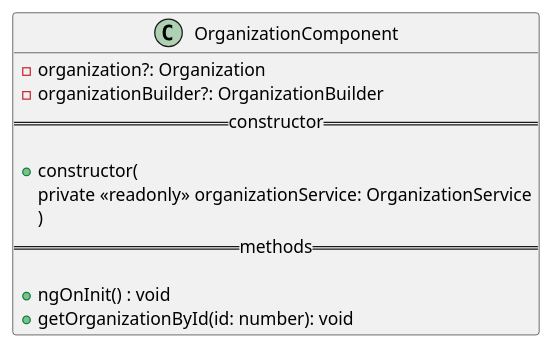
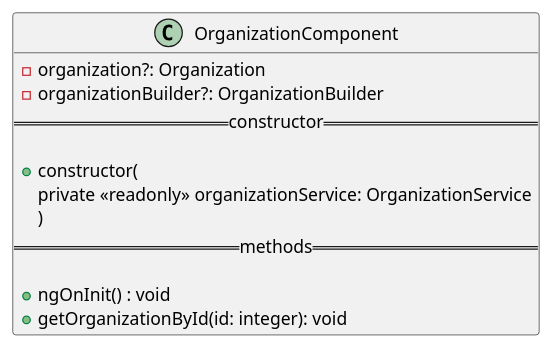
One commit to GruppOne/stalker-web-app changed the diagram in docs/diagrams/view/routes/organizationcomponent.pu. Above: the diagram before and after it, drawn with PlantUML. The commit also changed 22 other files, not shown here.

Commit message:
docs: improve class diagrams, add allegato tecnico structure

```diff
--- a/docs/diagrams/view/routes/organizationcomponent.pu
+++ b/docs/diagrams/view/routes/organizationcomponent.pu
@@ -1,15 +1,15 @@
 @startuml OrganizationComponent diagram
 class OrganizationComponent {
   - organization?: Organization
   - organizationBuilder?: OrganizationBuilder
   == constructor ==
 
   + constructor(
     private <<readonly>> organizationService: OrganizationService
     )
   == methods ==
 
   + ngOnInit() : void
-  + getOrganizationById(id: number): void
+  + getOrganizationById(id: integer): void
 }
 @enduml
```
